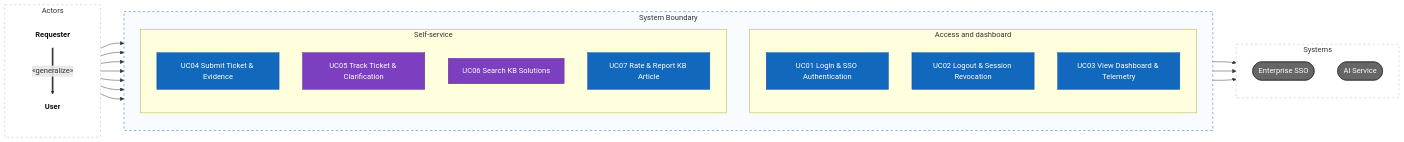
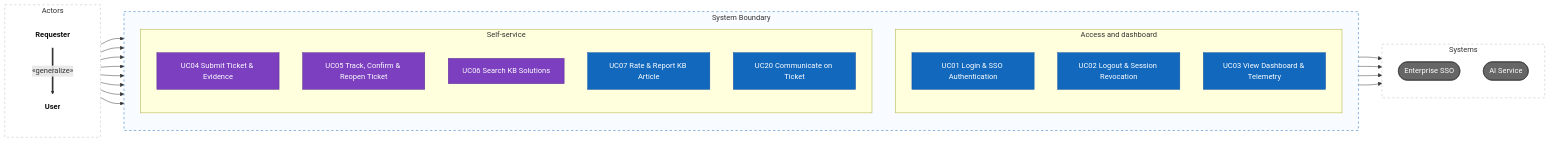
One commit to Akaza-ban/Fable changed the second of 7 diagrams in README.md. Above: the diagram before and after it, drawn with Mermaid. The commit also changed other lines of this file, not shown here.

First line of the commit message:
docs(readme): add AI and oversight use cases and map the mind map to branches

````diff
--- a/README.md
+++ b/README.md
@@ -78,50 +94,51 @@
 ```mermaid
 flowchart LR
     subgraph left["Actors"]
         direction TB
         user["<b>User</b>"]
         req["<b>Requester</b>"]
     end
 
     subgraph system["System Boundary"]
         direction TB
         subgraph access["Access and dashboard"]
             direction TB
             uc01["UC01 Login & SSO Authentication"]
             uc02["UC02 Logout & Session Revocation"]
             uc03["UC03 View Dashboard & Telemetry"]
         end
         subgraph selfservice["Self-service"]
             direction TB
             uc04["UC04 Submit Ticket & Evidence"]
-            uc05["UC05 Track Ticket & Clarification"]
+            uc05["UC05 Track, Confirm & Reopen Ticket"]
             uc06["UC06 Search KB Solutions"]
             uc07["UC07 Rate & Report KB Article"]
+            uc20["UC20 Communicate on Ticket"]
         end
     end
 
     subgraph right["Systems"]
         direction TB
         sso(["Enterprise SSO"])
         aiSvc(["AI Service"])
     end
 
     req ==>|"«generalize»"| user
 
     user --> uc01 & uc02 & uc03 & uc06 & uc07
-    req --> uc04 & uc05
+    req --> uc04 & uc05 & uc20
     uc01 --> sso
-    uc05 & uc06 --> aiSvc
+    uc04 & uc05 & uc06 --> aiSvc
 
     classDef actor fill:none,stroke:none,color:#111
     classDef usecase fill:#1168bd,color:#fff,stroke:#0b4f9e
     classDef ai fill:#7b3fbf,color:#fff,stroke:#5a2d8c
     classDef external fill:#666,color:#fff,stroke:#333
     class user,req actor
-    class uc01,uc02,uc03,uc04,uc07 usecase
-    class uc05,uc06 ai
+    class uc01,uc02,uc03,uc07,uc20 usecase
+    class uc04,uc05,uc06 ai
     class sso,aiSvc external
     style left fill:#fff,stroke:#bbb,stroke-dasharray:5 5
     style right fill:#fff,stroke:#bbb,stroke-dasharray:5 5
     style system fill:#f8fbff,stroke:#1168bd,stroke-dasharray:5 5
 ```
````
